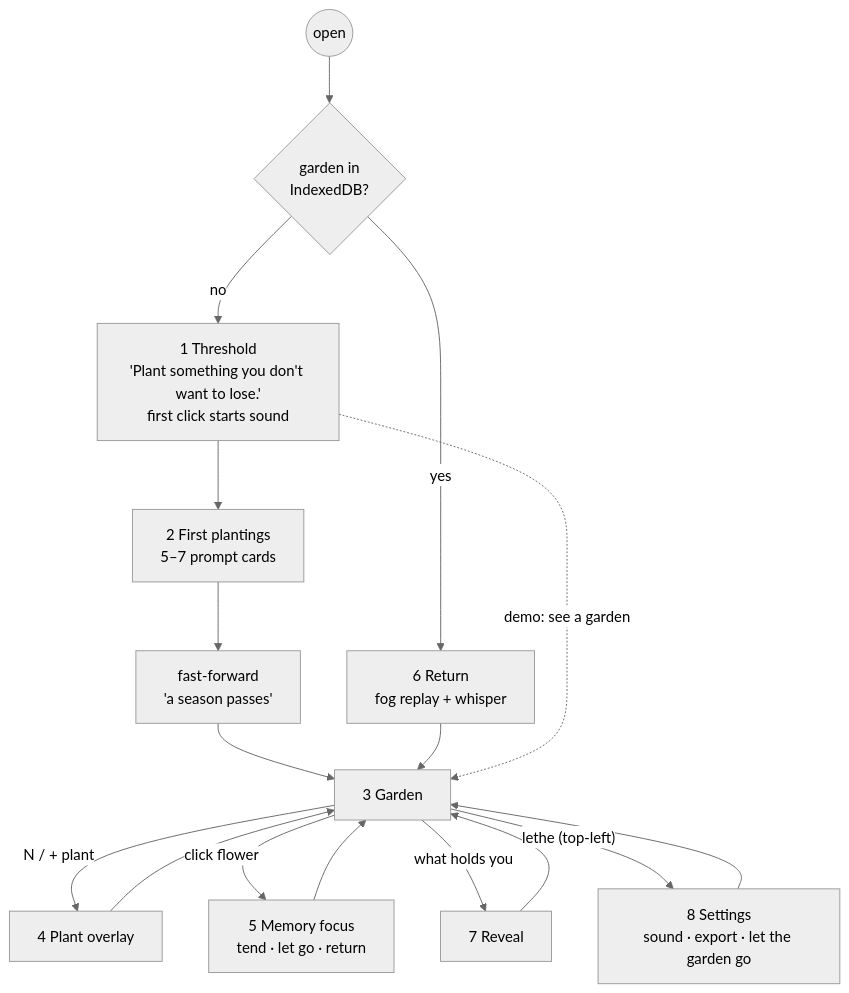
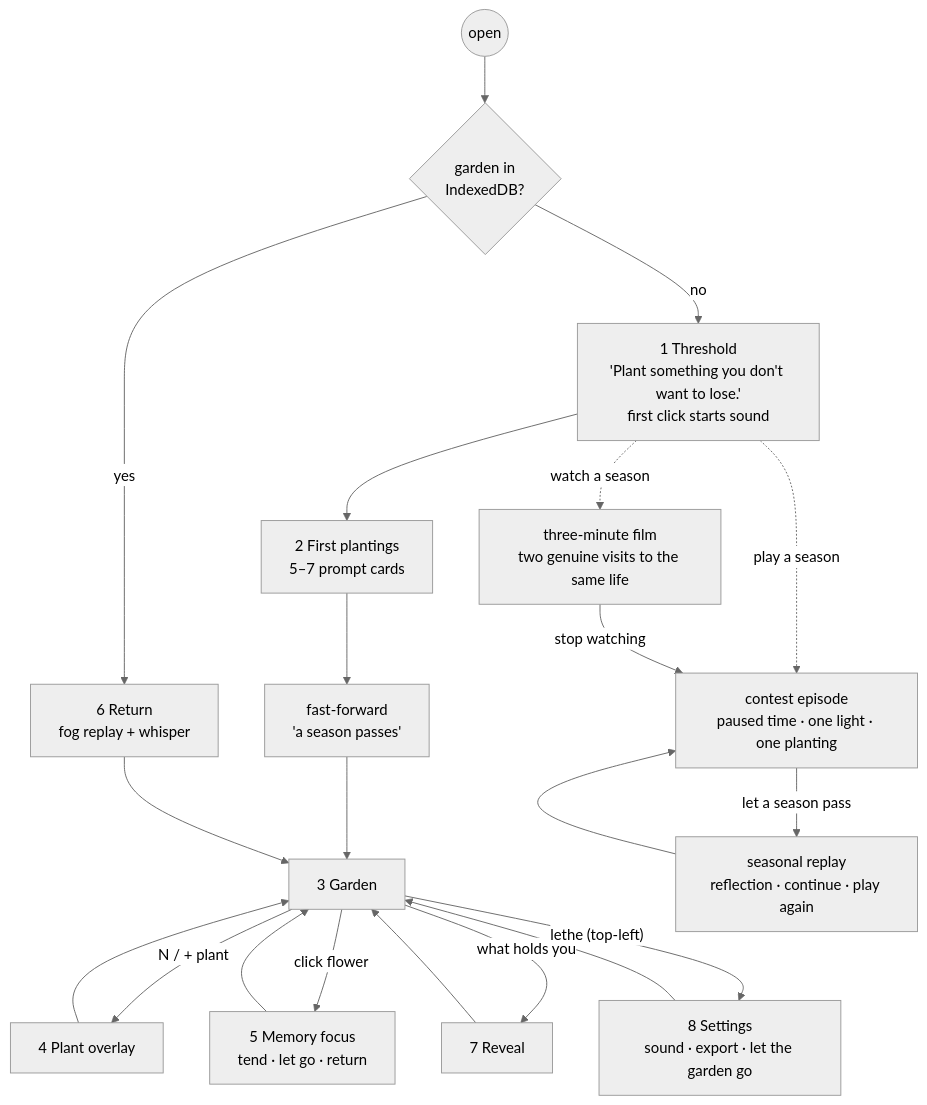
The eighth of 9 diagrams in docs/architecture.md (InfectedDuck/Lethe), drawn with Mermaid (neutral theme) before and after one commit. The commit also changed other lines of this file and 33 other files, not shown here.

Commit message:
docs: prepare the contest submission with fresh garden screenshots

````diff
--- a/docs/architecture.md
+++ b/docs/architecture.md
@@ -197,19 +197,23 @@
 ```mermaid
 flowchart TD
   start((open)) --> has{"garden in<br/>IndexedDB?"}
   has -- no --> T1["1 Threshold<br/>'Plant something you don't want to lose.'<br/>first click starts sound"]
   T1 --> T2["2 First plantings<br/>5–7 prompt cards"]
   T2 --> FF["fast-forward<br/>'a season passes'"]
   FF --> G3
   has -- yes --> R6["6 Return<br/>fog replay + whisper"]
   R6 --> G3["3 Garden"]
   G3 -- "N / + plant" --> P4["4 Plant overlay"]
   P4 --> G3
   G3 -- click flower --> M5["5 Memory focus<br/>tend · let go · return"]
   M5 --> G3
   G3 -- "what holds you" --> W7["7 Reveal"]
   W7 --> G3
   G3 -- "lethe (top-left)" --> S8["8 Settings<br/>sound · export · let the garden go"]
   S8 --> G3
-  T1 -. "demo: see a garden" .-> G3
+  T1 -. "play a season" .-> E9["contest episode<br/>paused time · one light · one planting"]
+  T1 -. "watch a season" .-> F10["three-minute film<br/>two genuine visits to the same life"]
+  E9 -- "let a season pass" --> ER11["seasonal replay<br/>reflection · continue · play again"]
+  ER11 --> E9
+  F10 -- "stop watching" --> E9
 ```
````
